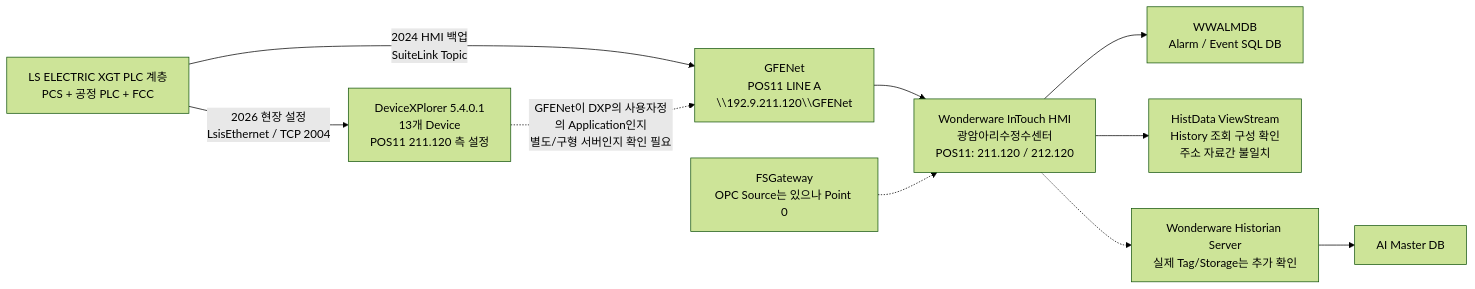
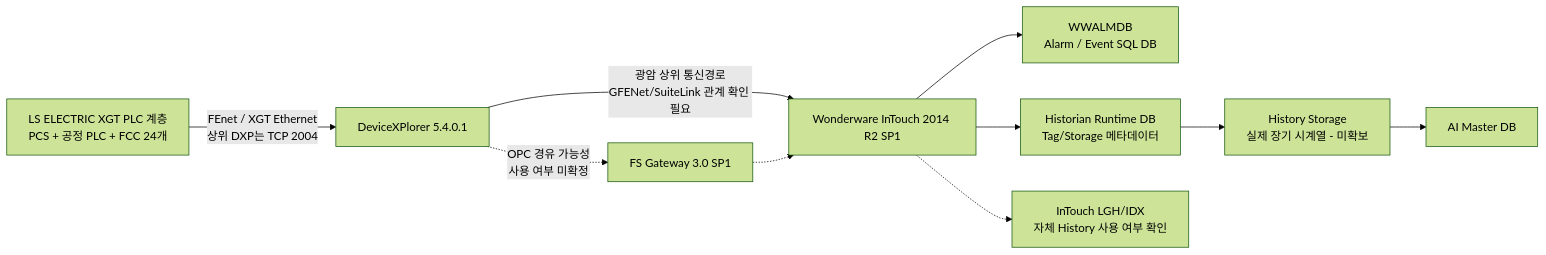
Before and after one commit to hori5000/Rulmera-OPA: the diagram in 20-Water-AI/광암/00-광암-홈.md, drawn with Mermaid (forest theme). The commit also changed other lines of this file and 190 other files, not shown here.

````diff
--- a/20-Water-AI/광암/00-광암-홈.md
+++ b/20-Water-AI/광암/00-광암-홈.md
@@ -37,12 +29,12 @@
 ```mermaid
 flowchart LR
-    PLC["LS ELECTRIC XGT PLC 계층<br/>PCS + 공정 PLC + FCC"] -->|"2026 현장 설정<br/>LsisEthernet / TCP 2004"| DXP["DeviceXPlorer 5.4.0.1<br/>13개 Device<br/>POS11 211.120 측 설정"]
-    PLC -->|"2024 HMI 백업<br/>SuiteLink Topic"| GF["GFENet<br/>POS11 LINE A<br/>\\192.9.211.120\\GFENet"]
-    DXP -.->|"GFENet이 DXP의 사용자정의 Application인지<br/>별도/구형 서버인지 확인 필요"| GF
-    GF --> IT["Wonderware InTouch HMI<br/>광암아리수정수센터<br/>POS11: 211.120 / 212.120"]
-    FSG["FSGateway<br/>OPC Source는 있으나 Point 0"] -.-> IT
+    PLC["LS ELECTRIC XGT PLC 계층<br/>PCS + 공정 PLC + FCC 24개"] -->|"FEnet / XGT Ethernet<br/>상위 DXP는 TCP 2004"| DXP["DeviceXPlorer 5.4.0.1"]
+    DXP -->|"광암 상위 통신경로<br/>GFENet/SuiteLink 관계 확인 필요"| IT["Wonderware InTouch 2014 R2 SP1"]
+    DXP -.->|"OPC 경유 가능성<br/>사용 여부 미확정"| FSG["FS Gateway 3.0 SP1"]
+    FSG -.-> IT
     IT --> ALM["WWALMDB<br/>Alarm / Event SQL DB"]
-    IT --> HD["HistData ViewStream<br/>History 조회 구성 확인<br/>주소 자료간 불일치"]
-    IT -.-> HIST["Wonderware Historian Server<br/>실제 Tag/Storage는 추가 확인"]
-    HIST --> MASTER["AI Master DB"]
+    IT --> HISTCFG["Historian Runtime DB<br/>Tag/Storage 메타데이터"]
+    HISTCFG --> HISTDATA["History Storage<br/>실제 장기 시계열 - 미확보"]
+    IT -.-> LGH["InTouch LGH/IDX<br/>자체 History 사용 여부 확인"]
+    HISTDATA --> MASTER["AI Master DB"]
 ```
````
